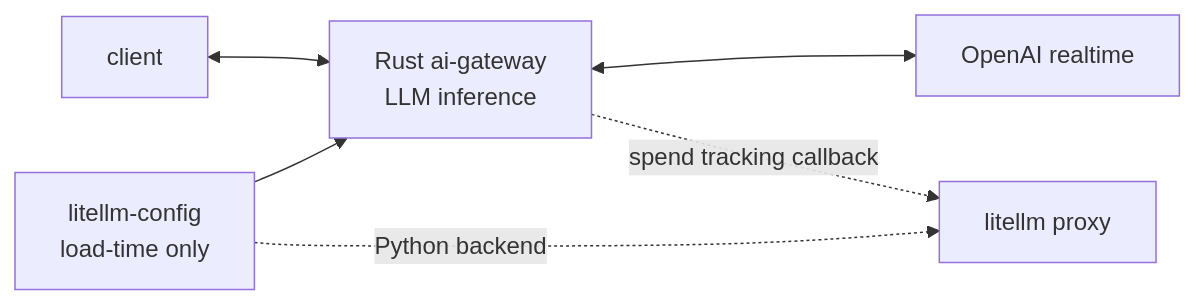
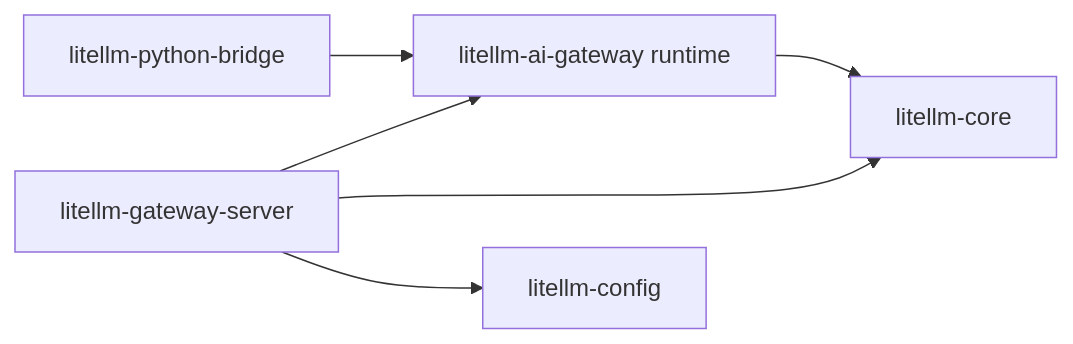
The diagram in litellm-rust/crates/ai-gateway/ARCHITECTURE.md (BerriAI/litellm), drawn with Mermaid before and after one commit. The commit also changed other lines of this file and 42 other files, not shown here.

Commit message:
refactor(rust): split gateway server crate

````diff
--- a/litellm-rust/crates/ai-gateway/ARCHITECTURE.md
+++ b/litellm-rust/crates/ai-gateway/ARCHITECTURE.md
@@ -7,8 +7,8 @@
 ```mermaid
 flowchart LR
-  C[client] <--> G[Rust ai-gateway<br/>LLM inference]
-  G <--> O[OpenAI realtime]
-  G -. spend tracking callback .-> P[litellm proxy]
-  F[litellm-config<br/>load-time only] --> G
-  F -. Python backend .-> P
+  S[litellm-gateway-server] --> G[litellm-ai-gateway runtime]
+  B[litellm-python-bridge] --> G
+  G --> C[litellm-core]
+  S --> C
+  S --> F[litellm-config]
 ```
````
